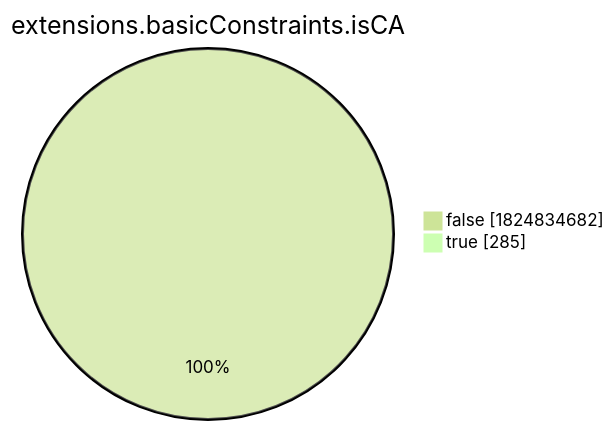
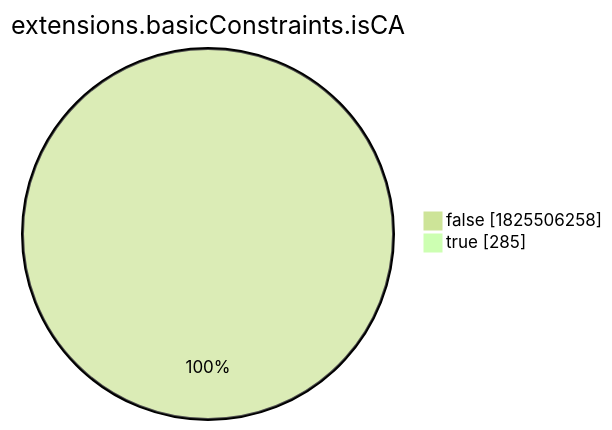
One commit to christiankrug/ctmonitor_visualization changed the eighth of 15 diagrams in xenon2022/README.md. Above: the diagram before and after it, drawn with Mermaid (forest theme). The commit also changed other lines of this file, not shown here.

````diff
--- a/xenon2022/README.md
+++ b/xenon2022/README.md
@@ -2868,6 +2868,6 @@
 ```mermaid
 pie showData
 title extensions.basicConstraints.isCA
-"false" :1824834682
+"false" :1825506258
 "true" :285
 ```
````
